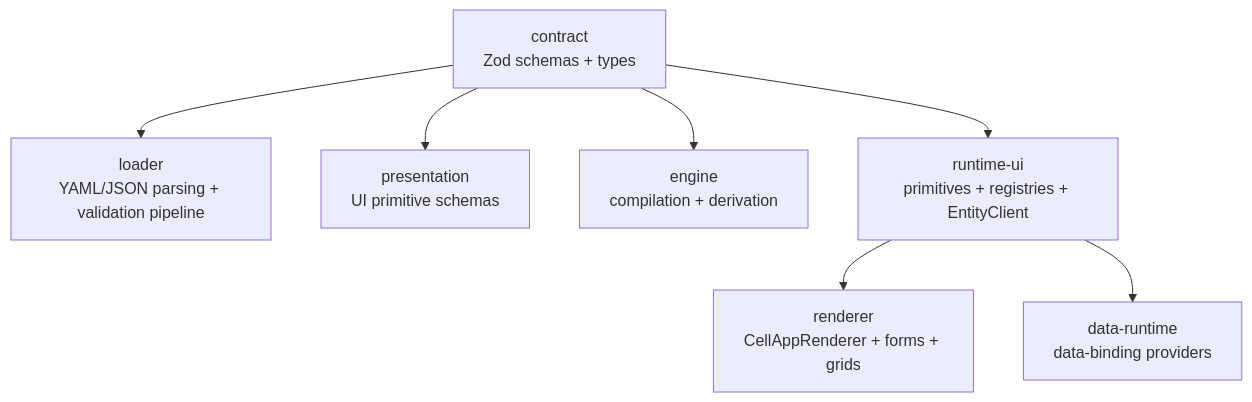
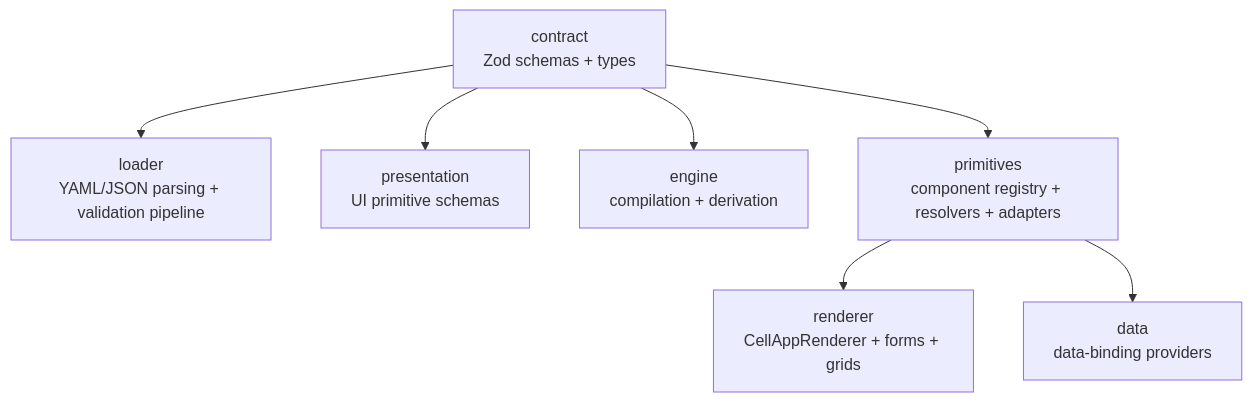
One commit to ikary-platform/ikary-manifest changed the second of 2 diagrams in README.md. Above: the diagram before and after it, drawn with Mermaid. The commit also changed other lines of this file and 34 other files, not shown here.

````diff
--- a/README.md
+++ b/README.md
@@ -115,17 +115,17 @@
 ```mermaid
 flowchart TD
     C["contract<br/>Zod schemas + types"]
     L["loader<br/>YAML/JSON parsing + validation pipeline"]
     P["presentation<br/>UI primitive schemas"]
     E["engine<br/>compilation + derivation"]
-    R["runtime-ui<br/>primitives + registries + EntityClient"]
+    R["primitives<br/>component registry + resolvers + adapters"]
     RR["renderer<br/>CellAppRenderer + forms + grids"]
-    D["data-runtime<br/>data-binding providers"]
+    D["data<br/>data-binding providers"]
 
     C --> L
     C --> P
     C --> E
     C --> R
     R --> RR
     R --> D
 ```
````
